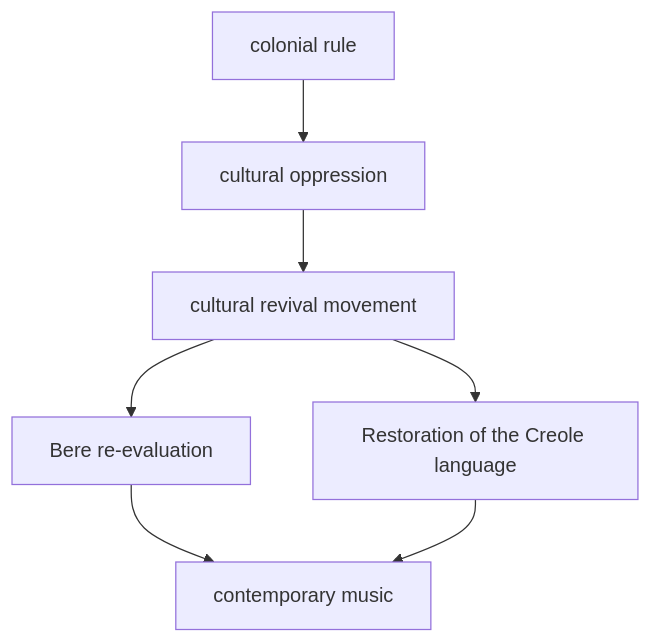
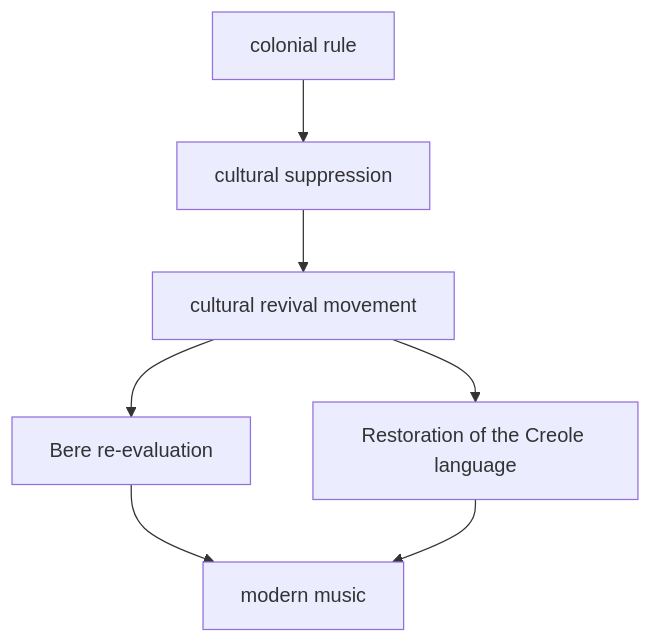
Before and after one commit to monumental-movement/monumental-movement.github.io: the seventh of 11 diagrams in en/_posts/2026-05-16-column-martinique.md, drawn with Mermaid. The commit also changed other lines of this file and 1012 other files, not shown here.

```diff
--- a/en/_posts/2026-05-16-column-martinique.md
+++ b/en/_posts/2026-05-16-column-martinique.md
@@ -296,9 +296,9 @@
 <div class="mermaid">
 flowchart TD
-A[colonial rule] --> B[cultural oppression]
+A[colonial rule] --> B[cultural suppression]
 B --> C[cultural revival movement]
 C --> D[Bere re-evaluation]
 C --> E[Restoration of the Creole language]
-D --> F[contemporary music]
+D --> F[modern music]
 E --> F
 </div>
```
